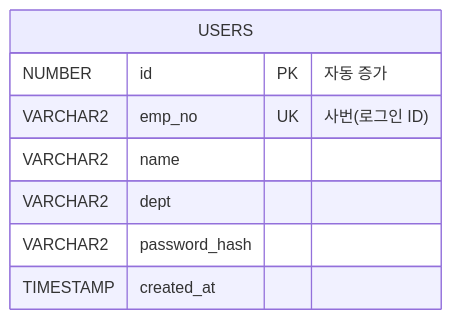
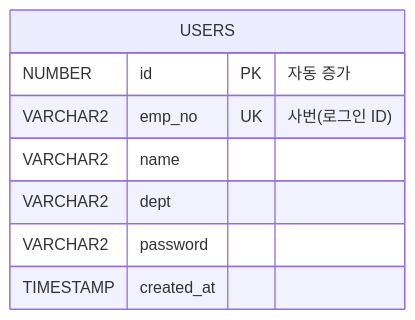
One commit to jihunhan98/semes-superrookie changed the diagram in docs/테이블명세서.md. Above: the diagram before and after it, drawn with Mermaid. The commit also changed other lines of this file and 7 other files, not shown here.

````diff
--- a/docs/테이블명세서.md
+++ b/docs/테이블명세서.md
@@ -27,11 +27,11 @@
 ```mermaid
 erDiagram
     USERS {
         NUMBER       id            PK "자동 증가"
         VARCHAR2     emp_no        UK "사번(로그인 ID)"
         VARCHAR2     name
         VARCHAR2     dept
-        VARCHAR2     password_hash
+        VARCHAR2     password
         TIMESTAMP    created_at
     }
 ```
````
